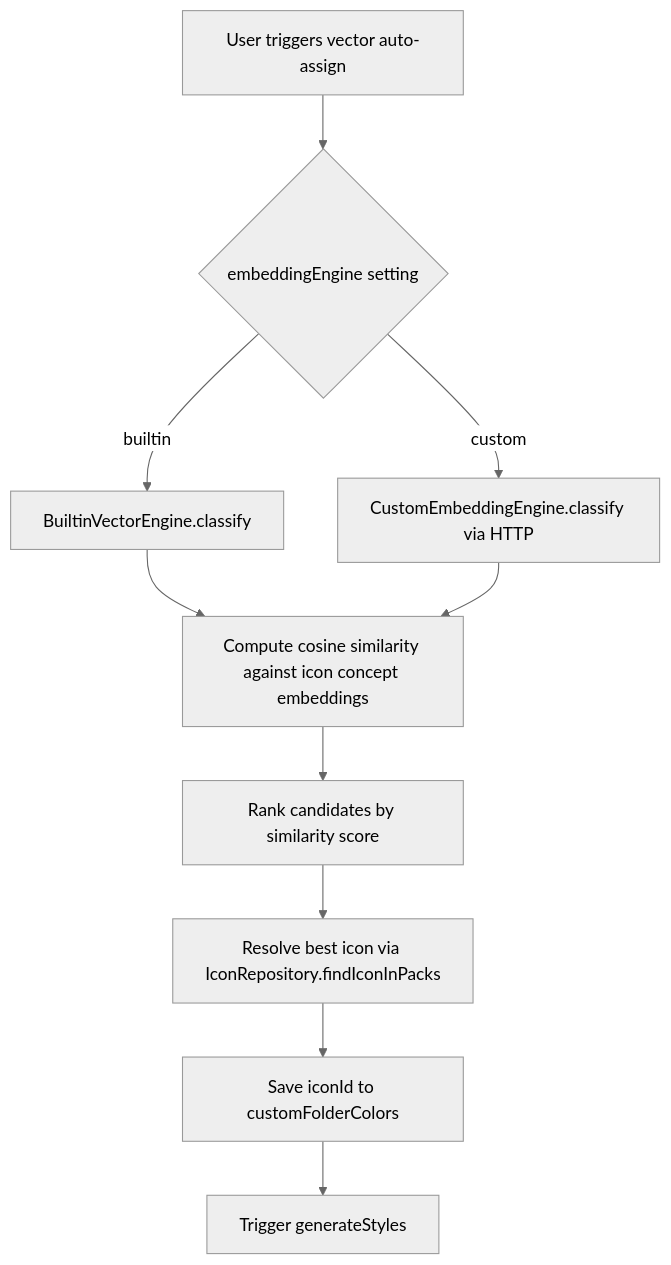
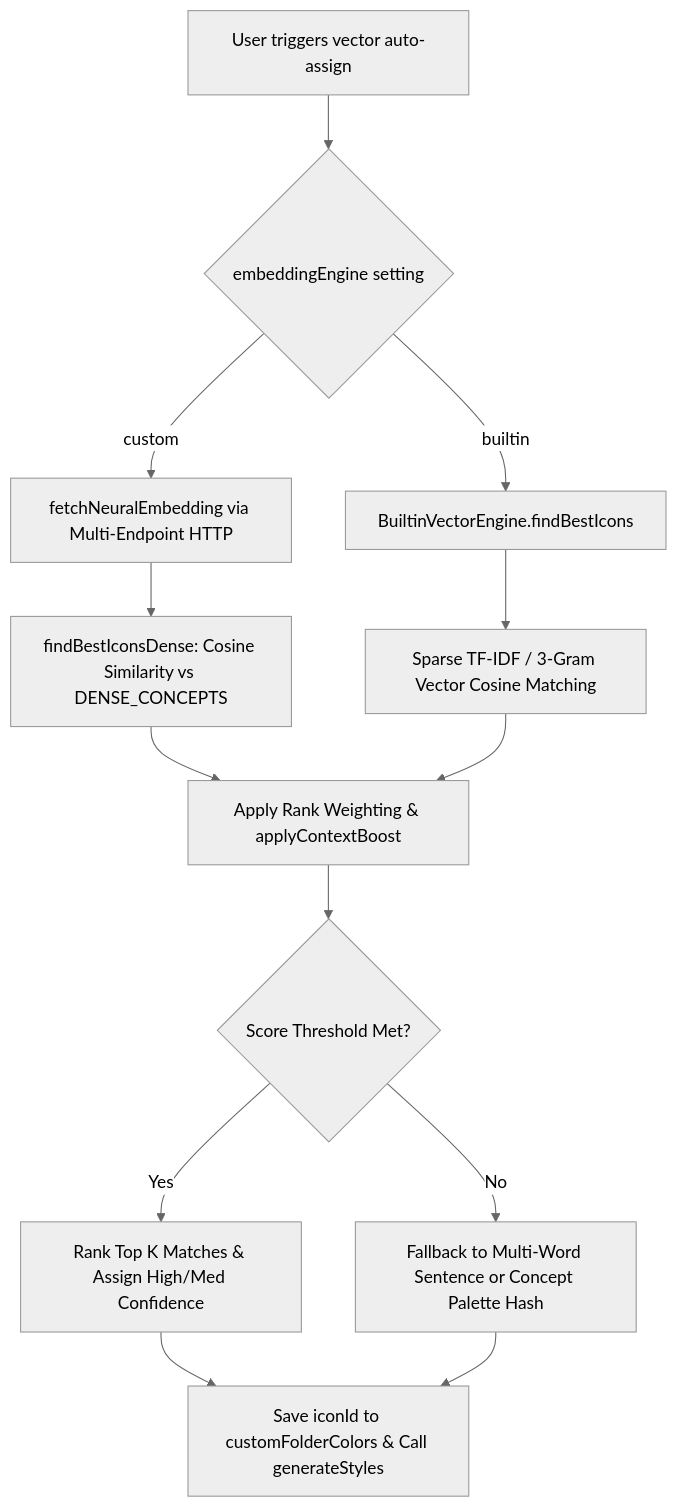
One commit to RohitNahar-Offical/colorful-folders-obsidian changed the sixth of 6 diagrams in docs/ARCHITECTURE.md. Above: the diagram before and after it, drawn with Mermaid (neutral theme). The commit also changed other lines of this file and 12 other files, not shown here.

First line of the commit message:
feat(core): implement semantic concept matching and priority-based icon selection

````diff
--- a/docs/ARCHITECTURE.md
+++ b/docs/ARCHITECTURE.md
@@ -287,12 +305,15 @@
 ```mermaid
 graph TD
     A[User triggers vector auto-assign] --> B{embeddingEngine setting}
-    B -- builtin --> C[BuiltinVectorEngine.classify]
-    B -- custom --> D[CustomEmbeddingEngine.classify via HTTP]
-    C --> E[Compute cosine similarity against icon concept embeddings]
-    D --> E
-    E --> F[Rank candidates by similarity score]
-    F --> G[Resolve best icon via IconRepository.findIconInPacks]
-    G --> H[Save iconId to customFolderColors]
-    H --> I[Trigger generateStyles]
+    B -- builtin --> C[BuiltinVectorEngine.findBestIcons]
+    B -- custom --> D[fetchNeuralEmbedding via Multi-Endpoint HTTP]
+    D --> E[findBestIconsDense: Cosine Similarity vs DENSE_CONCEPTS]
+    C --> F[Sparse TF-IDF / 3-Gram Vector Cosine Matching]
+    E --> G[Apply Rank Weighting & applyContextBoost]
+    F --> G
+    G --> H{Score Threshold Met?}
+    H -- Yes --> I[Rank Top K Matches & Assign High/Med Confidence]
+    H -- No --> J[Fallback to Multi-Word Sentence or Concept Palette Hash]
+    I --> K[Save iconId to customFolderColors & Call generateStyles]
+    J --> K
 ```
````
